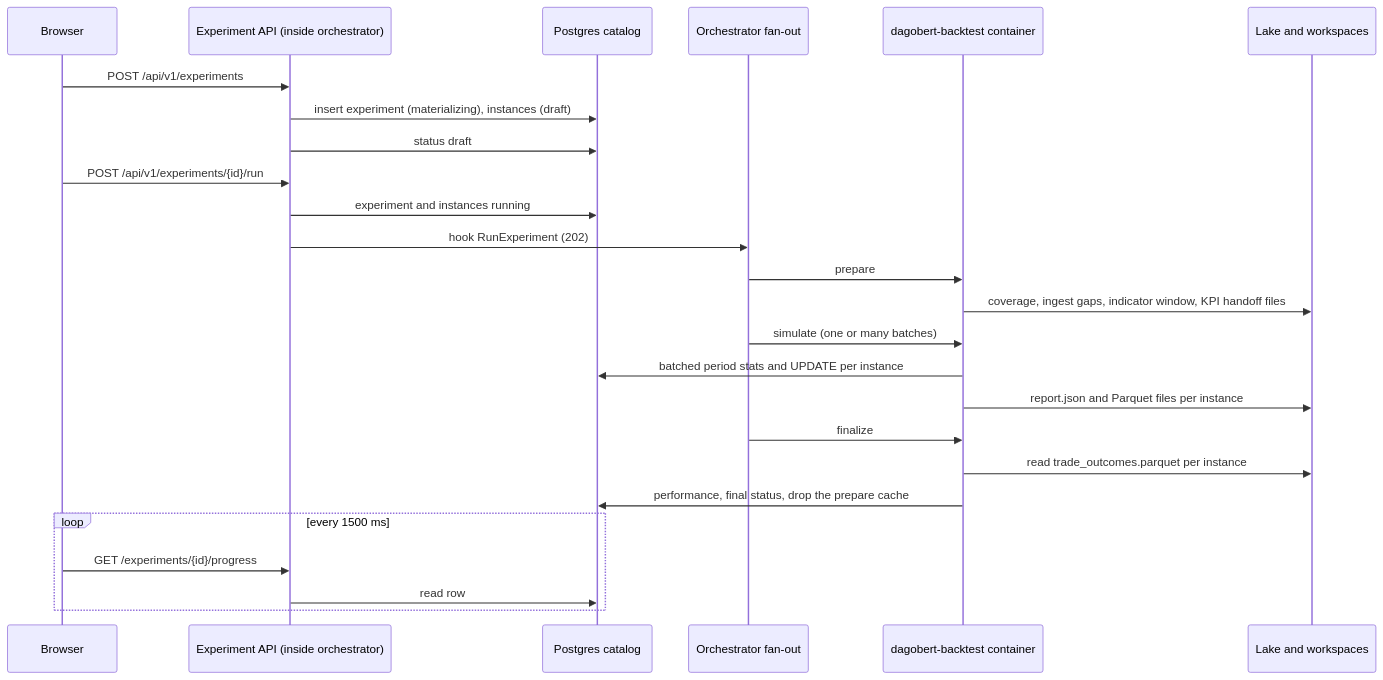
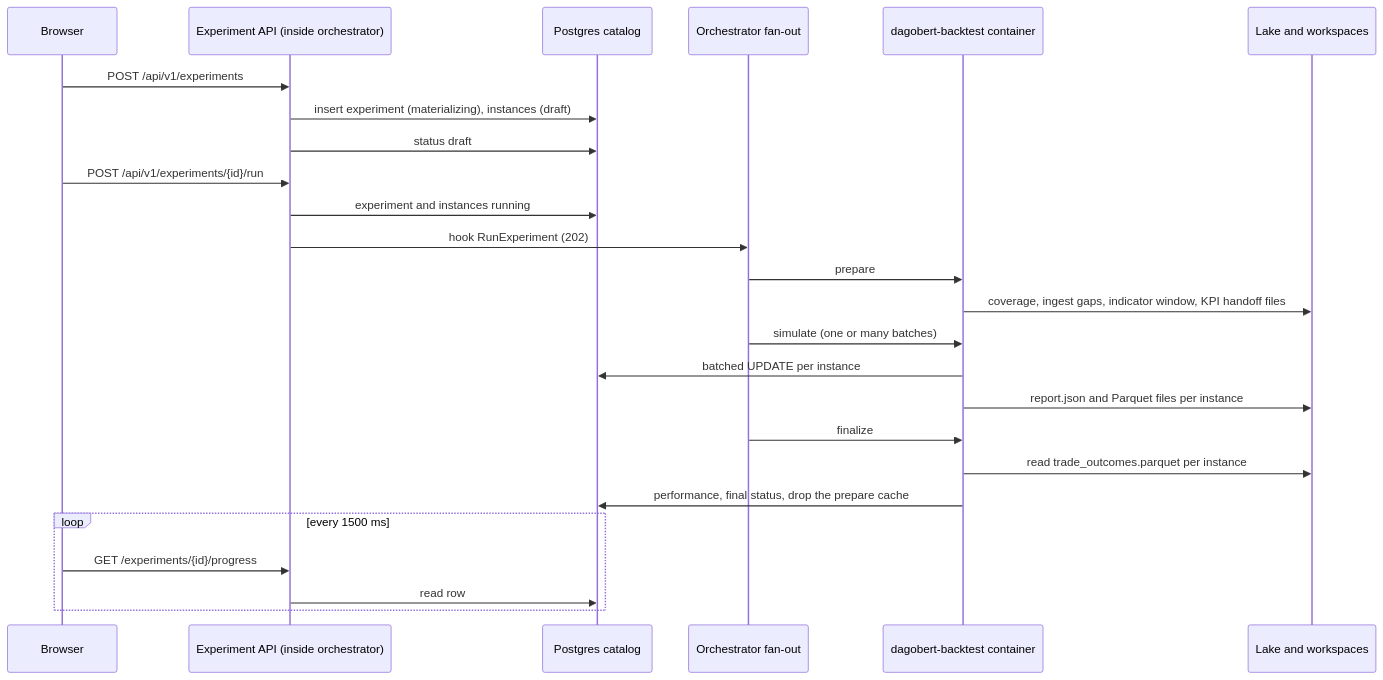
The first of 4 diagrams in docs/architecture/experiment-data-flow.md (MaxBernstetter/dagobert), drawn with Mermaid before and after one commit. The commit also changed other lines of this file and 26 other files, not shown here.

First line of the commit message:
Keep instance period stats in a Parquet file, not in Postgres

````diff
--- a/docs/architecture/experiment-data-flow.md
+++ b/docs/architecture/experiment-data-flow.md
@@ -10,27 +10,27 @@
 ```mermaid
 sequenceDiagram
     participant B as Browser
     participant A as Experiment API (inside orchestrator)
     participant P as Postgres catalog
     participant O as Orchestrator fan-out
     participant W as dagobert-backtest container
     participant L as Lake and workspaces
     B->>A: POST /api/v1/experiments
     A->>P: insert experiment (materializing), instances (draft)
     A->>P: status draft
     B->>A: POST /api/v1/experiments/{id}/run
     A->>P: experiment and instances running
     A->>O: hook RunExperiment (202)
     O->>W: prepare
     W->>L: coverage, ingest gaps, indicator window, KPI handoff files
     O->>W: simulate (one or many batches)
-    W->>P: batched period stats and UPDATE per instance
+    W->>P: batched UPDATE per instance
     W->>L: report.json and Parquet files per instance
     O->>W: finalize
     W->>L: read trade_outcomes.parquet per instance
     W->>P: performance, final status, drop the prepare cache
     loop every 1500 ms
         B->>A: GET /experiments/{id}/progress
         A->>P: read row
     end
 ```
````
